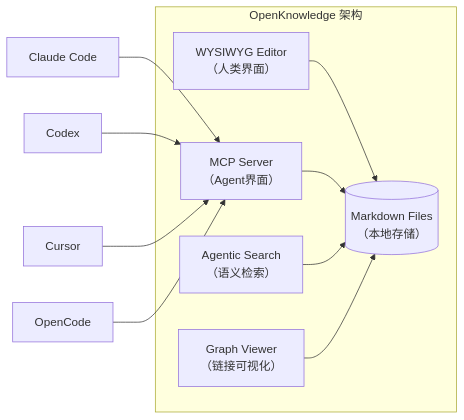
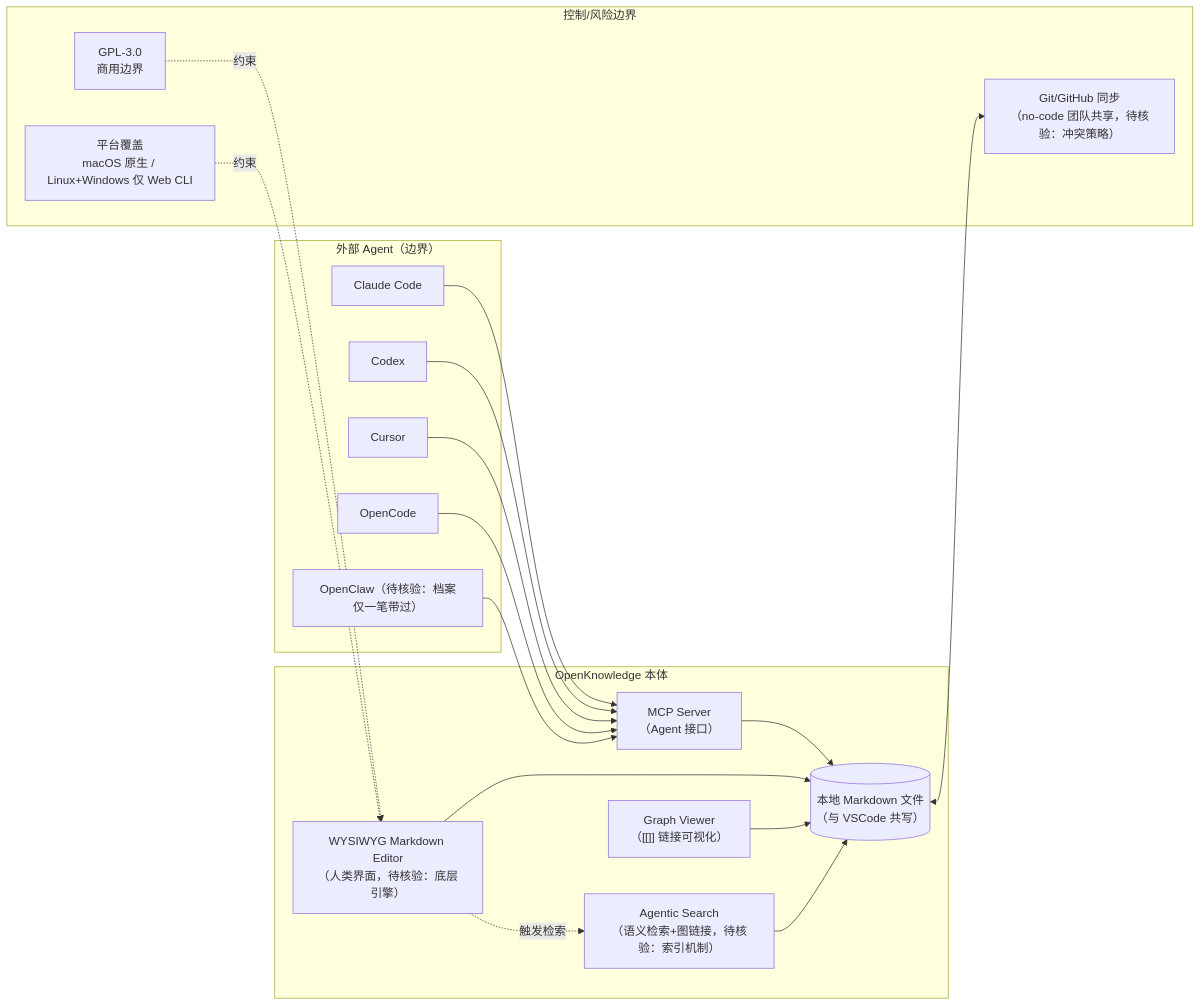
Before and after one commit to aiutil/github-researcher: the diagram in projects/open-knowledge.md, drawn with Mermaid. The commit also changed other lines of this file and 939 other files, not shown here.

Commit message:
feat: add architect briefs and Mermaid project maps

````diff
--- a/projects/open-knowledge.md
+++ b/projects/open-knowledge.md
@@ -56,14 +69,40 @@
 ```mermaid
 flowchart LR
-    subgraph "OpenKnowledge 架构"
-        A["WYSIWYG Editor<br/>（人类界面）"] --> D[("Markdown Files<br/>（本地存储）")]
-        B["MCP Server<br/>（Agent界面）"] --> D
-        C["Agentic Search<br/>（语义检索）"] --> D
-        E["Graph Viewer<br/>（链接可视化）"] --> D
+    subgraph "OpenKnowledge 本体"
+        Editor["WYSIWYG Markdown Editor<br/>（人类界面，待核验：底层引擎）"]
+        MCPSrv["MCP Server<br/>（Agent 接口）"]
+        Search["Agentic Search<br/>（语义检索+图链接，待核验：索引机制）"]
+        Graph["Graph Viewer<br/>（[[]] 链接可视化）"]
+        Store[("本地 Markdown 文件<br/>（与 VSCode 共写）")]
     end
-    
-    F["Claude Code"] --> B
-    G["Codex"] --> B
-    H["Cursor"] --> B
-    I["OpenCode"] --> B
+
+    Editor --> Store
+    MCPSrv --> Store
+    Search --> Store
+    Graph --> Store
+    Editor -.触发检索.-> Search
+
+    subgraph "外部 Agent（边界）"
+        Claude["Claude Code"]
+        Codex["Codex"]
+        Cursor["Cursor"]
+        OpenCode["OpenCode"]
+        OpenClaw["OpenClaw（待核验：档案仅一笔带过）"]
+    end
+
+    Claude --> MCPSrv
+    Codex --> MCPSrv
+    Cursor --> MCPSrv
+    OpenCode --> MCPSrv
+    OpenClaw --> MCPSrv
+
+    subgraph "控制/风险边界"
+        GitSync["Git/GitHub 同步<br/>（no-code 团队共享，待核验：冲突策略）"]
+        License["GPL-3.0<br/>商用边界"]
+        Platform["平台覆盖<br/>macOS 原生 / Linux+Windows 仅 Web CLI"]
+    end
+
+    Store <--> GitSync
+    License -.约束.-> Editor
+    Platform -.约束.-> Editor
 ```
````
